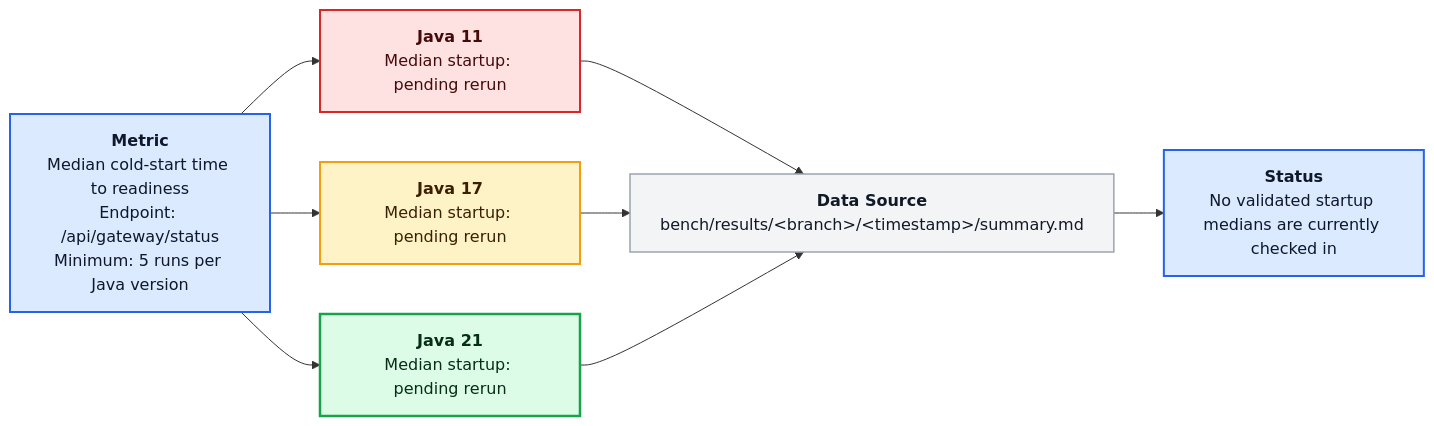
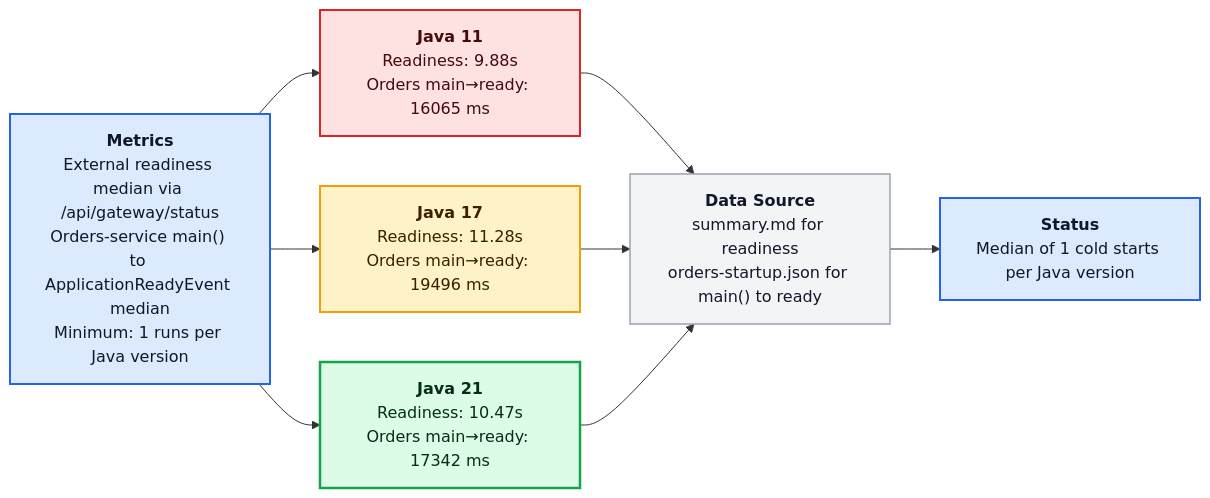
The diagram in docs/episodes/episode-07/assets/diagrams/E07-D01-startup-comparison.md (SaschaMoellering/acmecorp-platform), drawn with Mermaid before and after one commit. The commit also changed 11 other files, not shown here.

Commit message:
Add orders startup instrumentation and refresh episode 7 benchmarks

````diff
--- a/docs/episodes/episode-07/assets/diagrams/E07-D01-startup-comparison.md
+++ b/docs/episodes/episode-07/assets/diagrams/E07-D01-startup-comparison.md
@@ -1,27 +1,27 @@
 ```mermaid
 flowchart LR
 
 %% === AcmeCorp Diagram Style Standard ===
 classDef java11 fill:#FEE2E2,stroke:#DC2626,stroke-width:2px,color:#450A0A;
 classDef java17 fill:#FEF3C7,stroke:#F59E0B,stroke-width:2px,color:#3B1F00;
 classDef java21 fill:#DCFCE7,stroke:#16A34A,stroke-width:2.5px,color:#052E16;
 classDef metric fill:#DBEAFE,stroke:#2563EB,stroke-width:2px,color:#0F172A;
 classDef neutral fill:#F3F4F6,stroke:#9CA3AF,stroke-width:1.5px,color:#111827;
 
-Method["<b>Metric</b><br/>Median cold-start time to readiness<br/>Endpoint: /api/gateway/status<br/>Minimum: 5 runs per Java version"]:::metric
+Method["<b>Metrics</b><br/>External readiness median via /api/gateway/status<br/>Orders-service main() to ApplicationReadyEvent median<br/>Minimum: 1 runs per Java version"]:::metric
 
-J11["<b>Java 11</b><br/>Median startup: pending rerun"]:::java11
-J17["<b>Java 17</b><br/>Median startup: pending rerun"]:::java17
-J21["<b>Java 21</b><br/>Median startup: pending rerun"]:::java21
+J11["<b>Java 11</b><br/>Readiness: 9.88s<br/>Orders main→ready: 16065 ms"]:::java11
+J17["<b>Java 17</b><br/>Readiness: 11.28s<br/>Orders main→ready: 19496 ms"]:::java17
+J21["<b>Java 21</b><br/>Readiness: 10.47s<br/>Orders main→ready: 17342 ms"]:::java21
 
-Data["<b>Data Source</b><br/>bench/results/&lt;branch&gt;/&lt;timestamp&gt;/summary.md"]:::neutral
-Result["<b>Status</b><br/>No validated startup medians are currently checked in"]:::metric
+Data["<b>Data Source</b><br/>summary.md for readiness<br/>orders-startup.json for main() to ready"]:::neutral
+Result["<b>Status</b><br/>Median of 1 cold starts per Java version"]:::metric
 
 Method --> J11
 Method --> J17
 Method --> J21
 J11 --> Data
 J17 --> Data
 J21 --> Data
 Data --> Result
 ```
````
